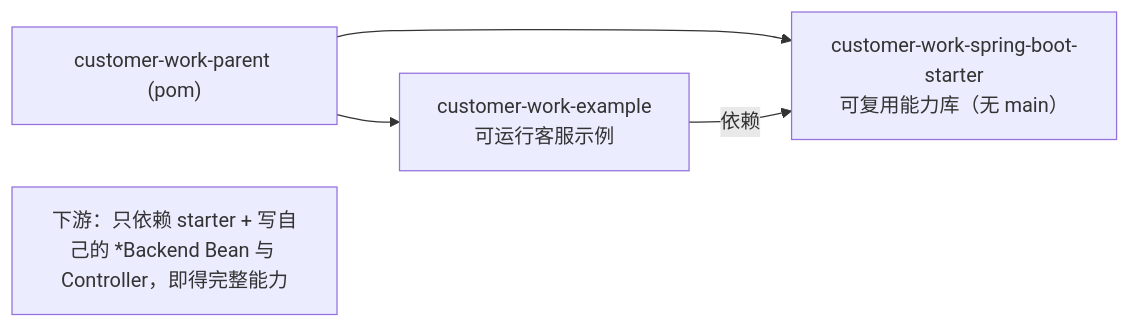
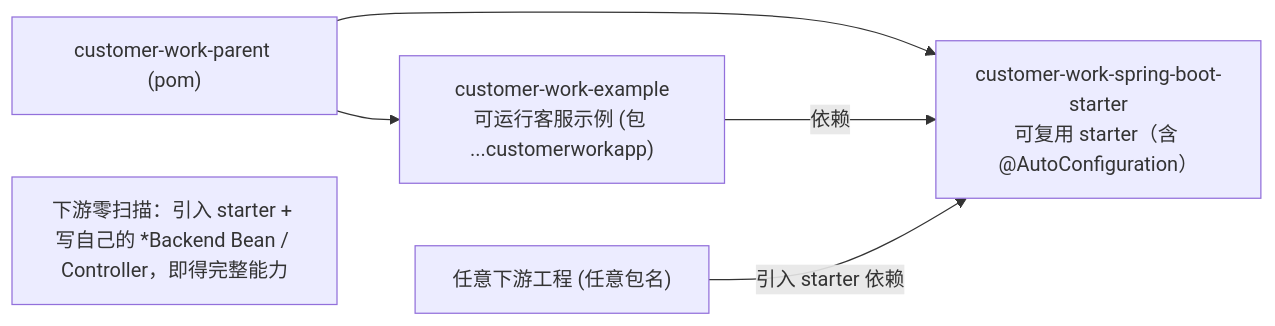
One commit to liulangjietou/customer_work changed the second of 24 diagrams in docs/详细技术文档.md. Above: the diagram before and after it, drawn with Mermaid. The commit also changed other lines of this file and 12 other files, not shown here.

First line of the commit message:
feat: starter 升级为真正的 Spring Boot 自动配置（零扫描接入）+ 文档同步

````diff
--- a/docs/详细技术文档.md
+++ b/docs/详细技术文档.md
@@ -98,7 +98,8 @@
 ```mermaid
 flowchart LR
-    PARENT["customer-work-parent (pom)"] --> ST["customer-work-spring-boot-starter<br/>可复用能力库（无 main）"]
-    PARENT --> EX["customer-work-example<br/>可运行客服示例"]
+    PARENT["customer-work-parent (pom)"] --> ST["customer-work-spring-boot-starter<br/>可复用 starter（含 @AutoConfiguration）"]
+    PARENT --> EX["customer-work-example<br/>可运行客服示例 (包 ...customerworkapp)"]
     EX -->|依赖| ST
-    note["下游：只依赖 starter + 写自己的 *Backend Bean 与 Controller，即得完整能力"]
+    DOWN["任意下游工程 (任意包名)"] -->|引入 starter 依赖| ST
+    note["下游零扫描：引入 starter + 写自己的 *Backend Bean / Controller，即得完整能力"]
 ```
````
